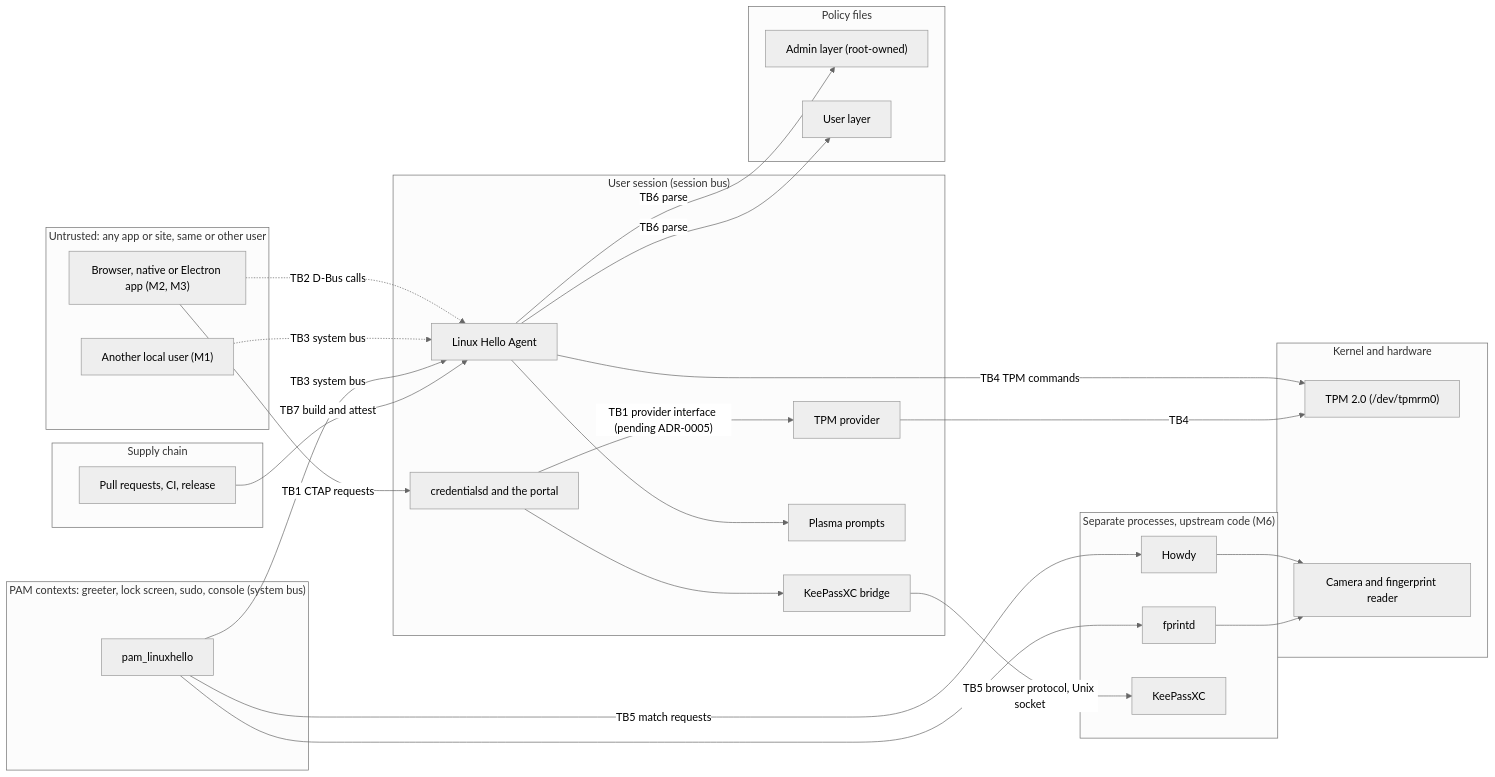
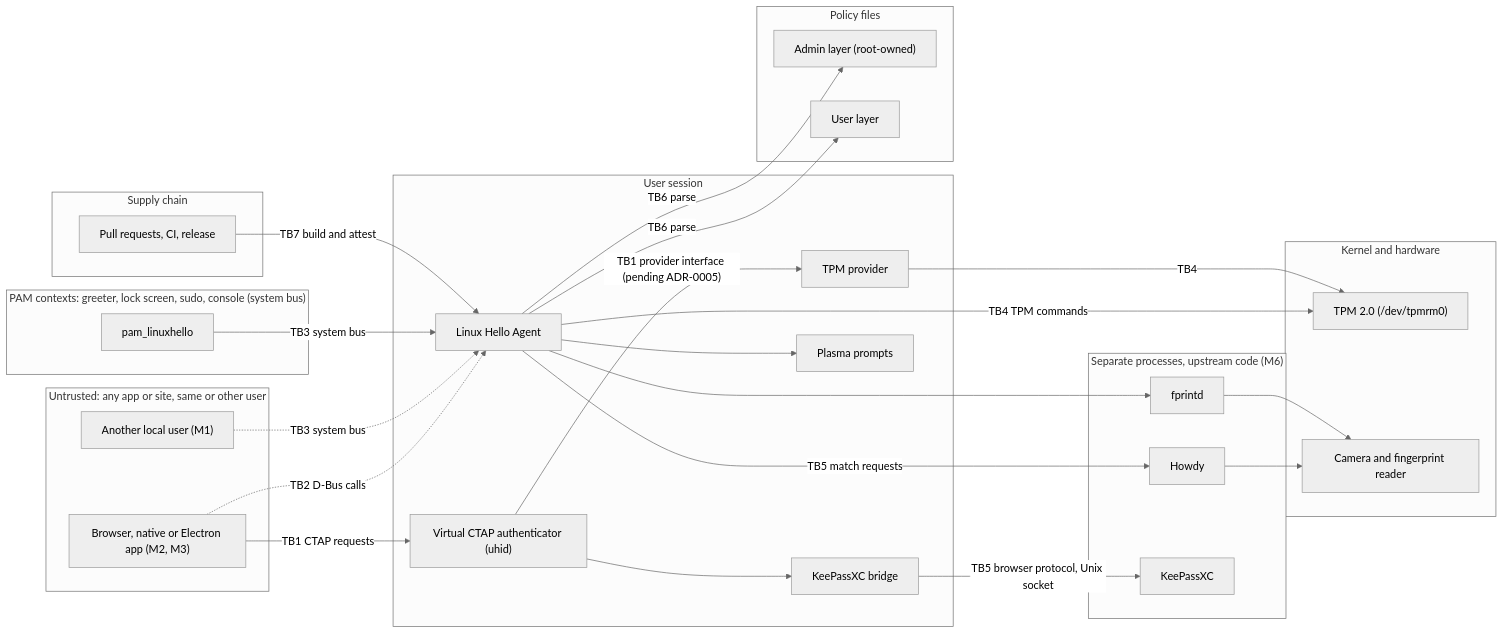
The diagram in docs/security/threat-model.md (LinuxHello/linux-hello), drawn with Mermaid (neutral theme) before and after one commit. The commit also changed other lines of this file and 7 other files, not shown here.

````diff
--- a/docs/security/threat-model.md
+++ b/docs/security/threat-model.md
@@ -52,57 +52,57 @@
 ```mermaid
 flowchart LR
   subgraph untrusted["Untrusted: any app or site, same or other user"]
     app["Browser, native or Electron app (M2, M3)"]
     other["Another local user (M1)"]
   end
 
-  subgraph session["User session (session bus)"]
-    portal["credentialsd and the portal"]
+  subgraph session["User session"]
+    ctap["Virtual CTAP authenticator (uhid)"]
     agent["Linux Hello Agent"]
     tpmp["TPM provider"]
     kpxcb["KeePassXC bridge"]
     ui["Plasma prompts"]
   end
 
   subgraph pamctx["PAM contexts: greeter, lock screen, sudo, console (system bus)"]
     pam["pam_linuxhello"]
   end
 
   subgraph helpers["Separate processes, upstream code (M6)"]
     howdy["Howdy"]
     fprintd["fprintd"]
     kpxc["KeePassXC"]
   end
 
   subgraph hw["Kernel and hardware"]
     tpm["TPM 2.0 (/dev/tpmrm0)"]
     cam["Camera and fingerprint reader"]
   end
 
   subgraph files["Policy files"]
     adminpol["Admin layer (root-owned)"]
     userpol["User layer"]
   end
 
   subgraph supply["Supply chain"]
     ci["Pull requests, CI, release"]
   end
 
-  app -- "TB1 CTAP requests" --> portal
-  portal -- "TB1 provider interface (pending ADR-0005)" --> tpmp
-  portal --> kpxcb
+  app -- "TB1 CTAP requests" --> ctap
+  ctap -- "TB1 provider interface (pending ADR-0005)" --> tpmp
+  ctap --> kpxcb
   app -. "TB2 D-Bus calls" .-> agent
   other -. "TB3 system bus" .-> agent
   pam -- "TB3 system bus" --> agent
   agent -- "TB4 TPM commands" --> tpm
   tpmp -- "TB4" --> tpm
-  pam -- "TB5 match requests" --> howdy
-  pam --> fprintd
+  agent -- "TB5 match requests" --> howdy
+  agent --> fprintd
   kpxcb -- "TB5 browser protocol, Unix socket" --> kpxc
   howdy --> cam
   fprintd --> cam
   agent -- "TB6 parse" --> adminpol
   agent -- "TB6 parse" --> userpol
   agent --> ui
   ci -- "TB7 build and attest" --> agent
 ```
````
